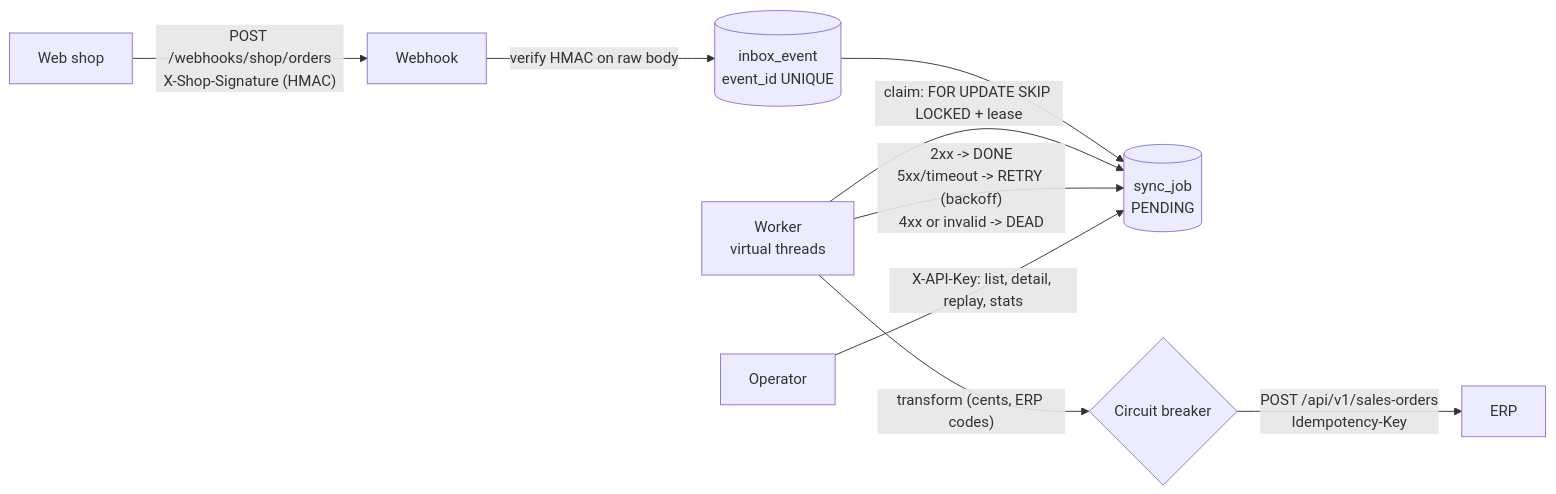
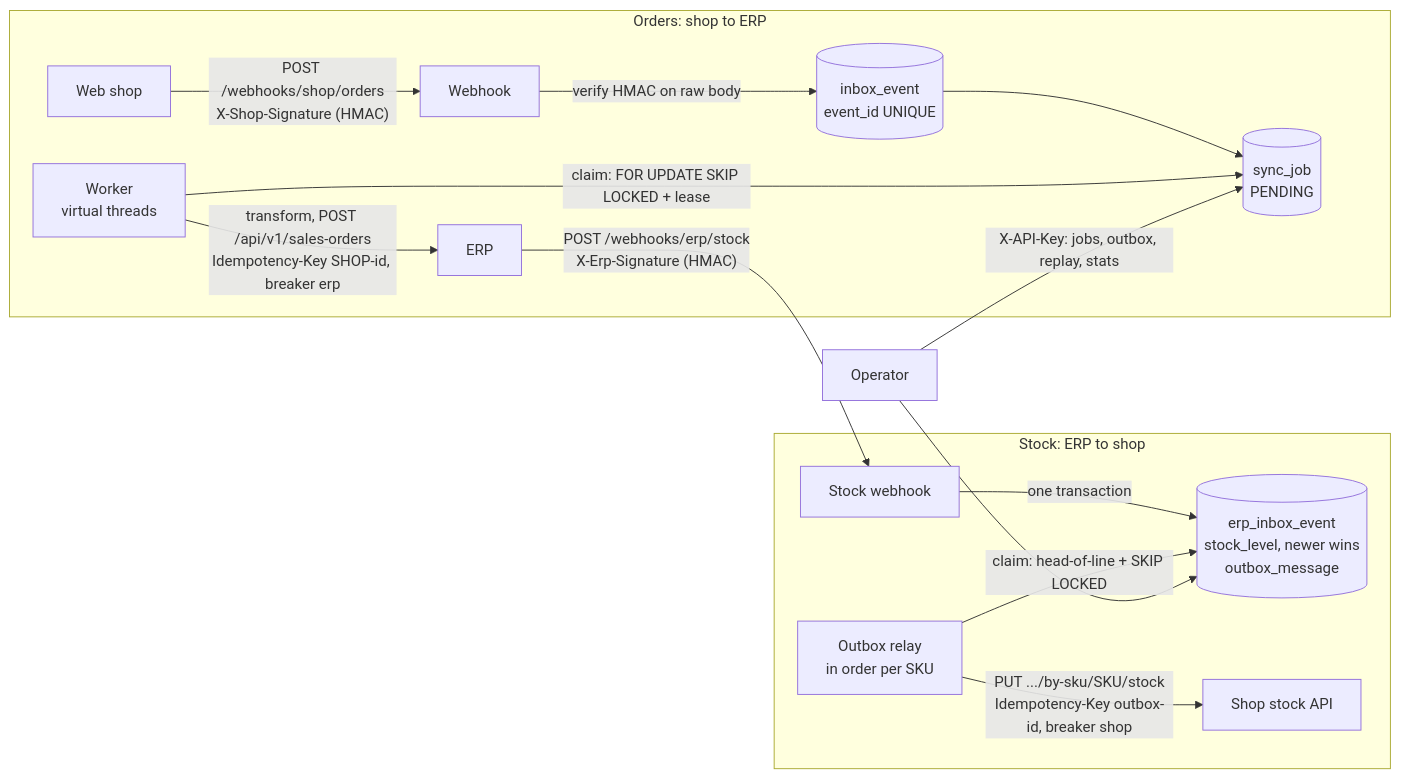
One commit to eric-sanchezz/order-sync-service changed the diagram in README.md. Above: the diagram before and after it, drawn with Mermaid. The commit also changed other lines of this file, not shown here.

Commit message:
Document stock sync and order redeliveries in README

````diff
--- a/README.md
+++ b/README.md
@@ -23,11 +26,18 @@
 ```mermaid
 flowchart LR
-    Shop[Web shop] -- "POST /webhooks/shop/orders<br/>X-Shop-Signature (HMAC)" --> W[Webhook]
-    W -- "verify HMAC on raw body" --> Inbox[(inbox_event<br/>event_id UNIQUE)]
-    Inbox --> Job[(sync_job<br/>PENDING)]
-    Worker[Worker<br/>virtual threads] -- "claim: FOR UPDATE SKIP LOCKED + lease" --> Job
-    Worker -- "transform (cents, ERP codes)" --> CB{Circuit breaker}
-    CB -- "POST /api/v1/sales-orders<br/>Idempotency-Key" --> ERP[ERP]
-    Worker -- "2xx -> DONE<br/>5xx/timeout -> RETRY (backoff)<br/>4xx or invalid -> DEAD" --> Job
-    Admin[Operator] -- "X-API-Key: list, detail, replay, stats" --> Job
+    subgraph Orders [Orders: shop to ERP]
+        Shop[Web shop] -- "POST /webhooks/shop/orders<br/>X-Shop-Signature (HMAC)" --> W[Webhook]
+        W -- "verify HMAC on raw body" --> Inbox[(inbox_event<br/>event_id UNIQUE)]
+        Inbox --> Job[(sync_job<br/>PENDING)]
+        Worker[Worker<br/>virtual threads] -- "claim: FOR UPDATE SKIP LOCKED + lease" --> Job
+        Worker -- "transform, POST /api/v1/sales-orders<br/>Idempotency-Key SHOP-id, breaker erp" --> ERP[ERP]
+    end
+    subgraph Stock [Stock: ERP to shop]
+        ERP -- "POST /webhooks/erp/stock<br/>X-Erp-Signature (HMAC)" --> SW[Stock webhook]
+        SW -- "one transaction" --> Tx[(erp_inbox_event<br/>stock_level, newer wins<br/>outbox_message)]
+        Relay[Outbox relay<br/>in order per SKU] -- "claim: head-of-line + SKIP LOCKED" --> Tx
+        Relay -- "PUT .../by-sku/SKU/stock<br/>Idempotency-Key outbox-id, breaker shop" --> ShopApi[Shop stock API]
+    end
+    Admin[Operator] -- "X-API-Key: jobs, outbox, replay, stats" --> Job
+    Admin --> Tx
 ```
````
